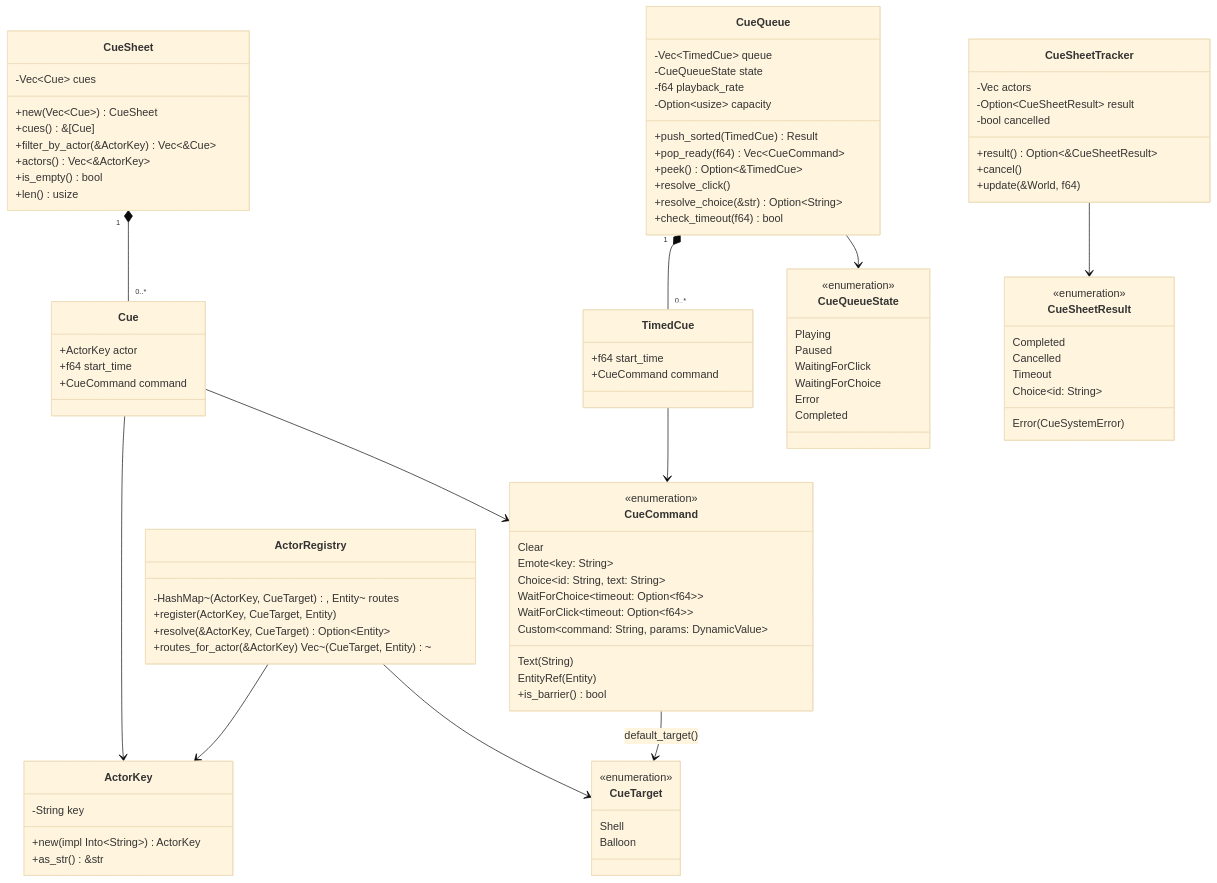
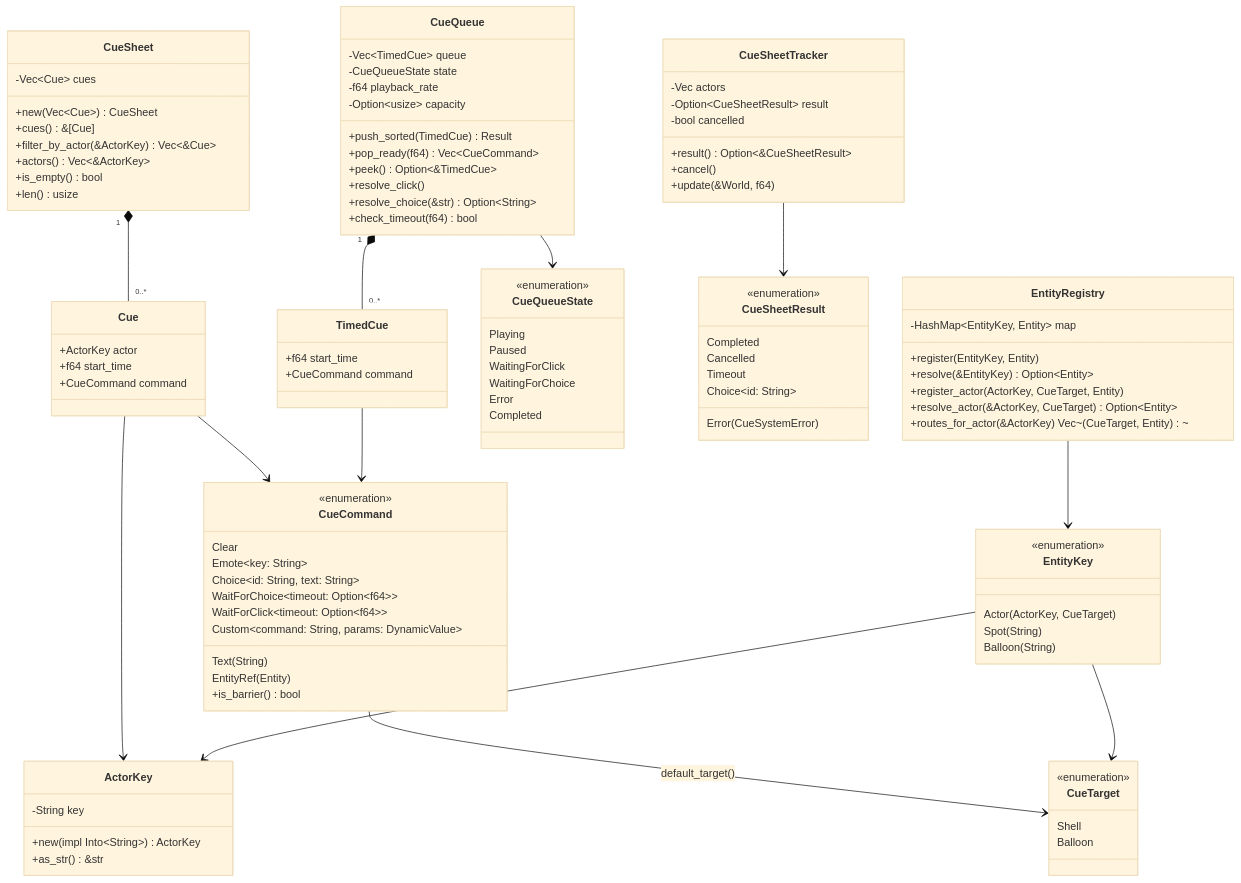
One commit to ekicyou/areka changed the fifth of 5 diagrams in .kiro/specs/wintf-P0-cue-system/design.md. Above: the diagram before and after it, drawn with Mermaid (base theme). The commit also changed other lines of this file, not shown here.

First line of the commit message:
Unify registries: ActorRegistry -> EntityRegistry with EntityKey enum

````diff
--- a/.kiro/specs/wintf-P0-cue-system/design.md
+++ b/.kiro/specs/wintf-P0-cue-system/design.md
@@ -1446,11 +1469,20 @@
         Error(CueSystemError)
     }
 
-    class ActorRegistry {
-        -HashMap~(ActorKey, CueTarget), Entity~ routes
-        +register(ActorKey, CueTarget, Entity)
-        +resolve(&ActorKey, CueTarget) Option~Entity~
+    class EntityRegistry {
+        -HashMap~EntityKey, Entity~ map
+        +register(EntityKey, Entity)
+        +resolve(&EntityKey) Option~Entity~
+        +register_actor(ActorKey, CueTarget, Entity)
+        +resolve_actor(&ActorKey, CueTarget) Option~Entity~
         +routes_for_actor(&ActorKey) Vec~(CueTarget, Entity)~
+    }
+
+    class EntityKey {
+        <<enumeration>>
+        Actor(ActorKey, CueTarget)
+        Spot(String)
+        Balloon(String)
     }
 
     class CueTarget {
@@ -1467,6 +1499,7 @@
     TimedCue --> CueCommand
     CueQueue --> CueQueueState
     CueSheetTracker --> CueSheetResult
-    ActorRegistry --> ActorKey
-    ActorRegistry --> CueTarget
+    EntityRegistry --> EntityKey
+    EntityKey --> ActorKey
+    EntityKey --> CueTarget
 ```
````
